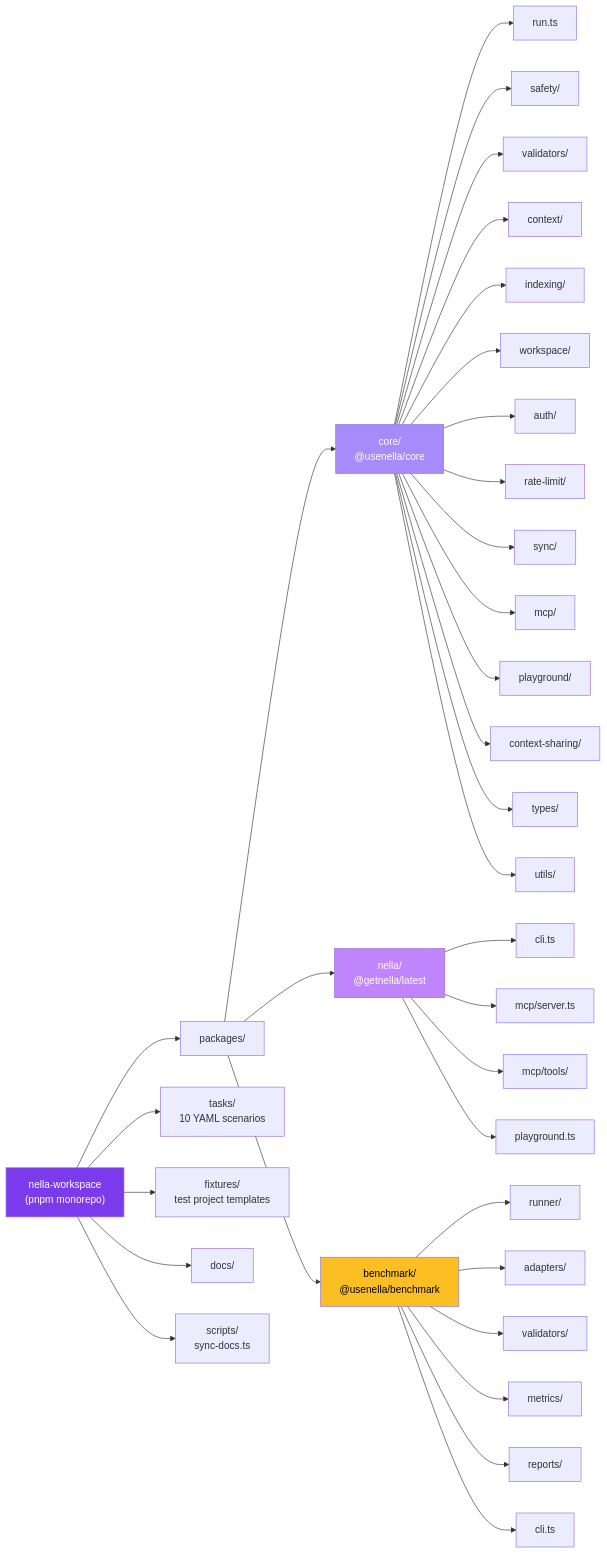
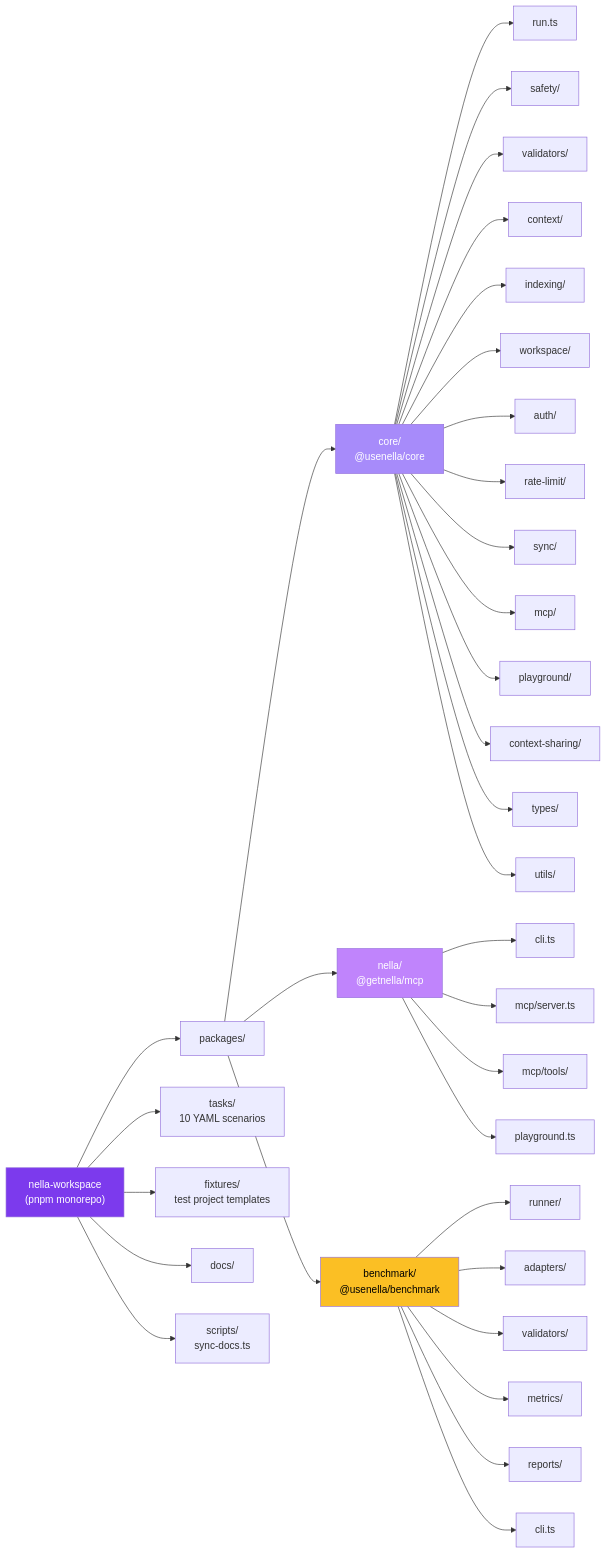
Before and after one commit to nella-labs/nella: the second of 24 diagrams in docs/architecture.md, drawn with Mermaid. The commit also changed other lines of this file and 36 other files, not shown here.

First line of the commit message:
refactor: rename package from @getnella/latest to @getnella/mcp

````diff
--- a/docs/architecture.md
+++ b/docs/architecture.md
@@ -77,46 +77,46 @@
 ```mermaid
 graph LR
     Root["nella-workspace<br/>(pnpm monorepo)"]
 
     Root --> Packages["packages/"]
     Root --> Tasks["tasks/<br/>10 YAML scenarios"]
     Root --> Fixtures["fixtures/<br/>test project templates"]
     Root --> Docs["docs/"]
     Root --> Scripts["scripts/<br/>sync-docs.ts"]
 
     Packages --> Core["core/<br/>@usenella/core"]
-    Packages --> Nella["nella/<br/>@getnella/latest"]
+    Packages --> Nella["nella/<br/>@getnella/mcp"]
     Packages --> Benchmark["benchmark/<br/>@usenella/benchmark"]
 
     Core --> C_Run["run.ts"]
     Core --> C_Safety["safety/"]
     Core --> C_Validators["validators/"]
     Core --> C_Context["context/"]
     Core --> C_Indexing["indexing/"]
     Core --> C_Workspace["workspace/"]
     Core --> C_Auth["auth/"]
     Core --> C_RateLimit["rate-limit/"]
     Core --> C_Sync["sync/"]
     Core --> C_MCP["mcp/"]
     Core --> C_Playground["playground/"]
     Core --> C_CtxShare["context-sharing/"]
     Core --> C_Types["types/"]
     Core --> C_Utils["utils/"]
 
     Nella --> N_CLI["cli.ts"]
     Nella --> N_MCP["mcp/server.ts"]
     Nella --> N_Tools["mcp/tools/"]
     Nella --> N_Play["playground.ts"]
 
     Benchmark --> B_Runner["runner/"]
     Benchmark --> B_Adapters["adapters/"]
     Benchmark --> B_Validators["validators/"]
     Benchmark --> B_Metrics["metrics/"]
     Benchmark --> B_Reports["reports/"]
     Benchmark --> B_CLI["cli.ts"]
 
     style Root fill:#7c3aed,color:#fff
     style Core fill:#a78bfa,color:#fff
     style Nella fill:#c084fc,color:#fff
     style Benchmark fill:#fbbf24,color:#000
 ```
````
